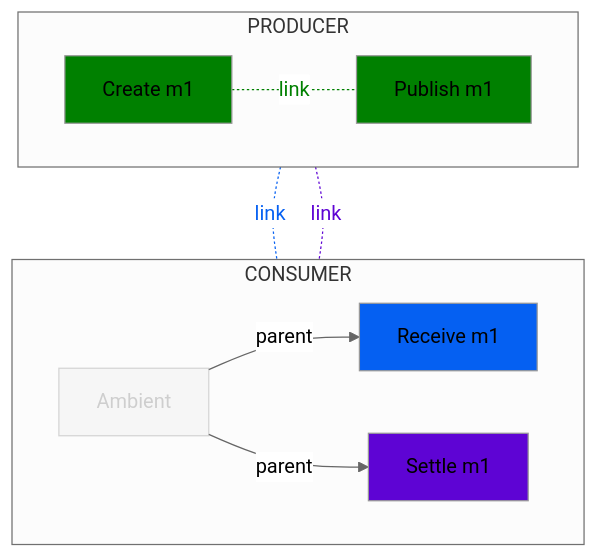
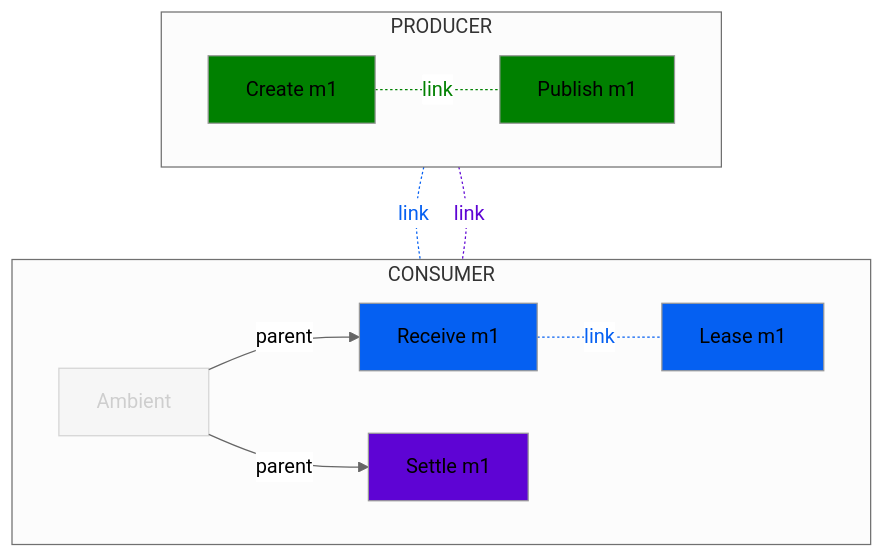
The first of 3 diagrams in docs/messaging/gcp-pubsub.md (alevenberg/semantic-conventions), drawn with Mermaid (neutral theme) before and after one commit. The commit also changed other lines of this file, not shown here.

Commit message:
add lease

````diff
--- a/docs/messaging/gcp-pubsub.md
+++ b/docs/messaging/gcp-pubsub.md
@@ -25,28 +25,29 @@
 ```mermaid
 flowchart TD;
   subgraph CONSUMER
   direction LR
   A[Ambient]-- parent -->R1[Receive m1]
   A-- parent -->SM1[Settle m1]
+  R1-. link .-LM1[Lease m1];
   end
   subgraph PRODUCER
   direction LR
   CM1[Create m1]
   PM1[Publish m1]
   end
   CM1-. link .-PM1;
   CM1-. link .-R1;
   CM1-. link .-SM1;
 
   classDef consumer fill:#0560f2
-  class R1 consumer
+  class R1,LM1 consumer
   classDef ack fill:#5e04d4
   class SM1 ack
   classDef producer fill:green
   class PM1,CM1 producer
   classDef additional opacity:0.4
   class A additional
-  linkStyle 2 color:green,stroke:green
-  linkStyle 3 color:#0560f2,stroke:#0560f2
-  linkStyle 4 color:#5e04d4,stroke:#5e04d4
+  linkStyle 3 color:green,stroke:green
+  linkStyle 2,4 color:#0560f2,stroke:#0560f2
+  linkStyle 5 color:#5e04d4,stroke:#5e04d4
 ```
````
